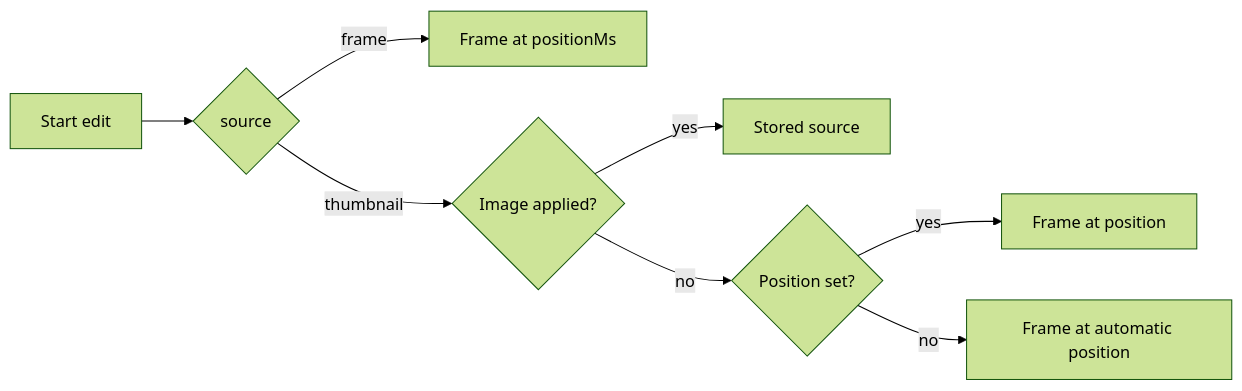
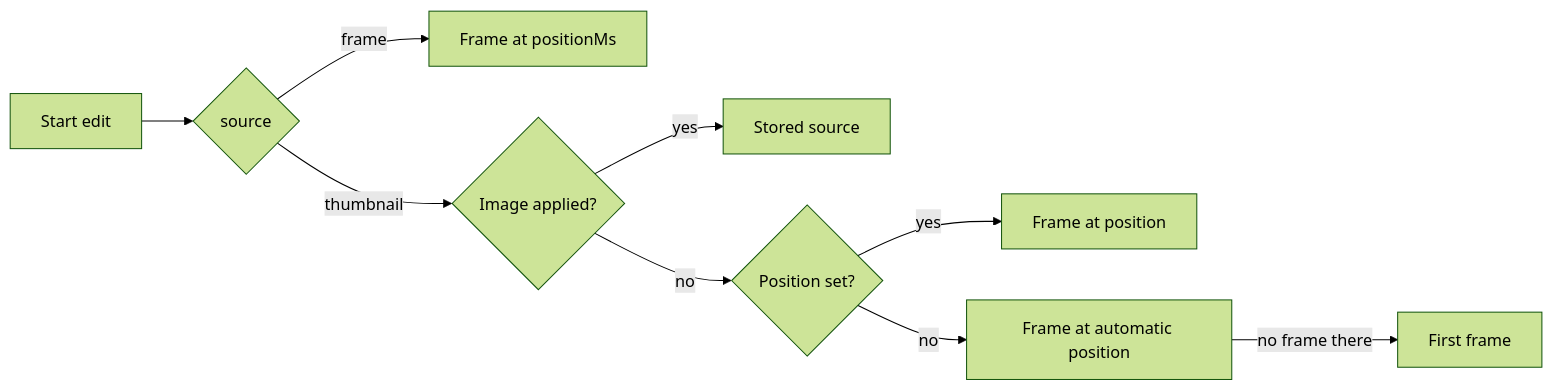
One commit to syudead/vv changed the diagram in specs/046-thumbnail-image-upload/research.md. Above: the diagram before and after it, drawn with Mermaid (forest theme). The commit also changed other lines of this file and 3 other files, not shown here.

First line of the commit message:
plan: gate every decode of an upload, detach its apply and keep the first-frame fallback

````diff
--- a/specs/046-thumbnail-image-upload/research.md
+++ b/specs/046-thumbnail-image-upload/research.md
@@ -92,10 +118,11 @@
 ```mermaid
 flowchart LR
   start[Start edit] --> which{source}
   which -->|frame| pos[Frame at positionMs]
   which -->|thumbnail| row{Image applied?}
   row -->|yes| stored[Stored source]
   row -->|no| set{Position set?}
   set -->|yes| at[Frame at position]
   set -->|no| auto[Frame at automatic position]
+  auto -->|no frame there| first[First frame]
 ```
````
